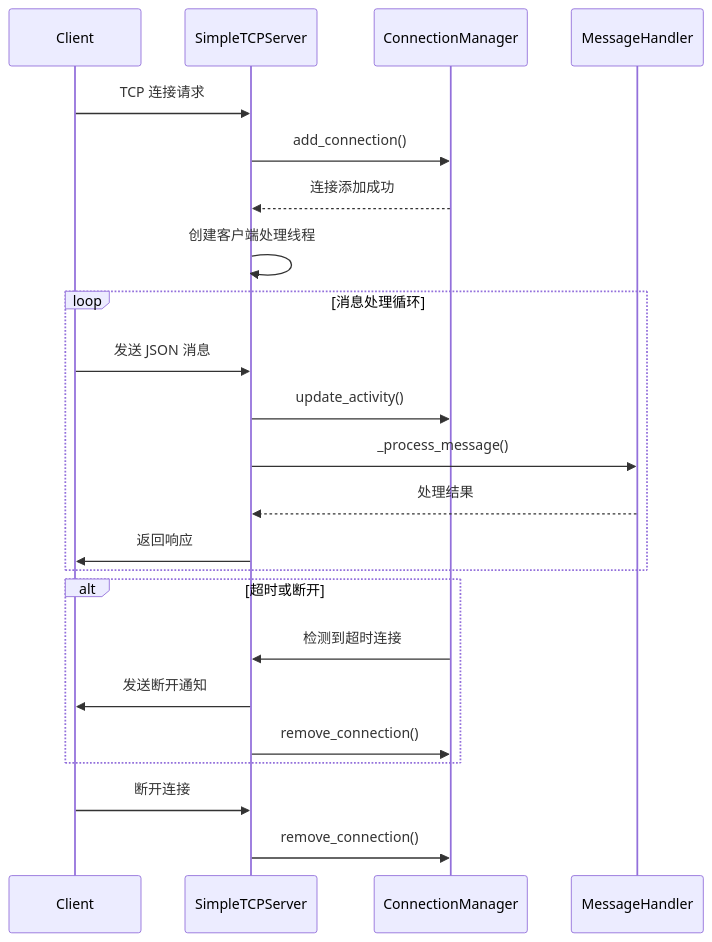
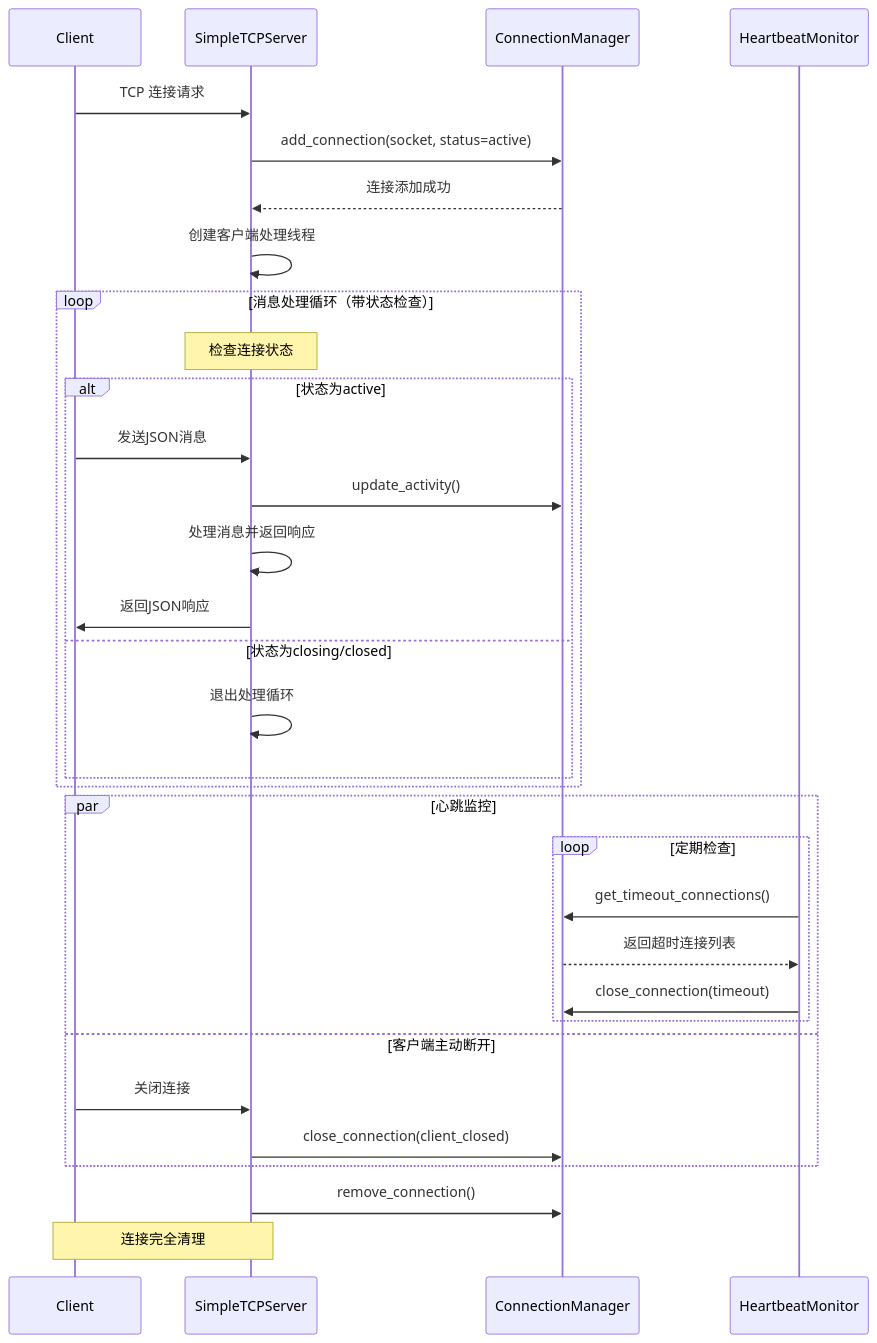
One commit to ProgrammerChengPei/pytest-learn-multi-test-categories changed the third of 6 diagrams in docs/架构设计.md. Above: the diagram before and after it, drawn with Mermaid. The commit also changed other lines of this file and 3 other files, not shown here.

````diff
--- a/docs/架构设计.md
+++ b/docs/架构设计.md
@@ -99,29 +112,38 @@
 ```mermaid
 sequenceDiagram
     participant C as Client
     participant S as SimpleTCPServer
     participant CM as ConnectionManager
-    participant MH as MessageHandler
+    participant HM as HeartbeatMonitor
     
     C->>S: TCP 连接请求
-    S->>CM: add_connection()
+    S->>CM: add_connection(socket, status=active)
     CM-->>S: 连接添加成功
     S->>S: 创建客户端处理线程
     
-    loop 消息处理循环
-        C->>S: 发送 JSON 消息
-        S->>CM: update_activity()
-        S->>MH: _process_message()
-        MH-->>S: 处理结果
-        S->>C: 返回响应
+    loop 消息处理循环（带状态检查）
+        Note over S: 检查连接状态
+        alt 状态为active
+            C->>S: 发送JSON消息
+            S->>CM: update_activity()
+            S->>S: 处理消息并返回响应
+            S->>C: 返回JSON响应
+        else 状态为closing/closed
+            S->>S: 退出处理循环
+        end
     end
     
-    alt 超时或断开
-        CM->>S: 检测到超时连接
-        S->>C: 发送断开通知
-        S->>CM: remove_connection()
+    par 心跳监控
+        loop 定期检查
+            HM->>CM: get_timeout_connections()
+            CM-->>HM: 返回超时连接列表
+            HM->>CM: close_connection(timeout)
+        end
+    and 客户端主动断开
+        C->>S: 关闭连接
+        S->>CM: close_connection(client_closed)
     end
     
-    C->>S: 断开连接
     S->>CM: remove_connection()
+    Note over C,S: 连接完全清理
 ```
````
